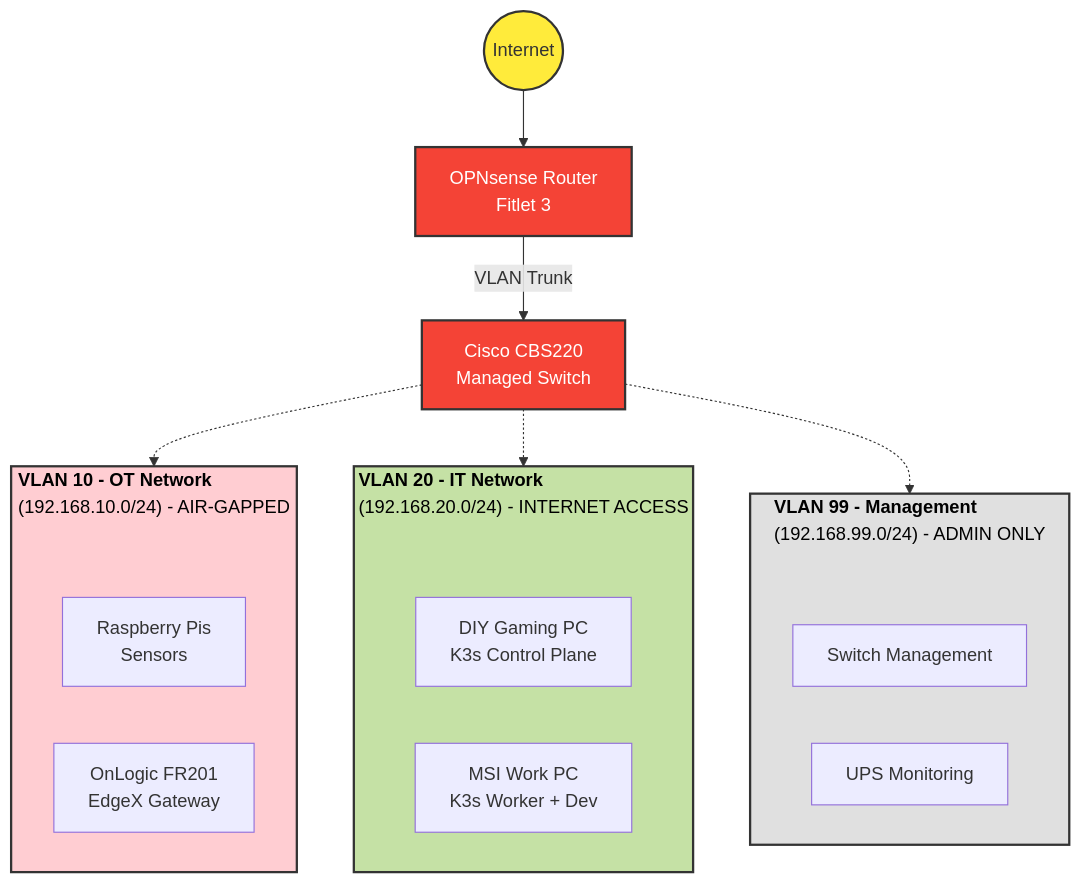
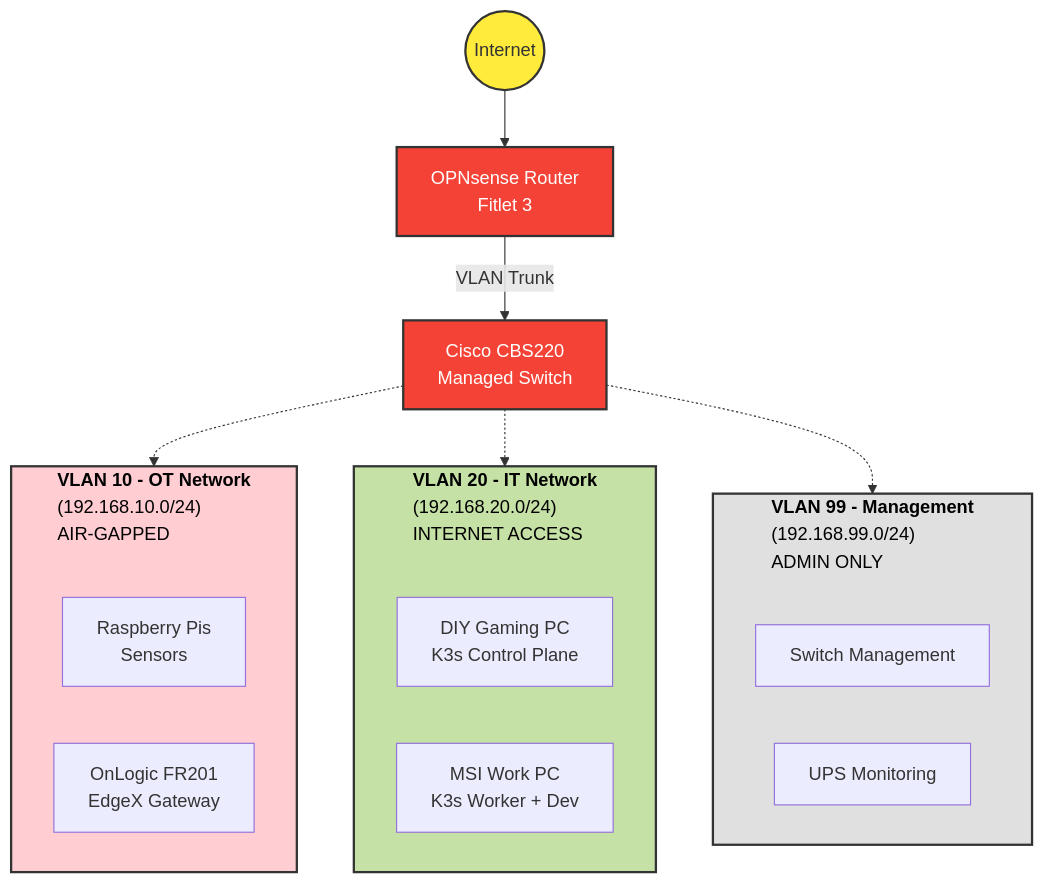
The diagram in README.md (aott33/iiot-kubernetes-homelab), drawn with Mermaid before and after one commit.

Commit message:
update diagram

````diff
--- a/README.md
+++ b/README.md
@@ -42,40 +42,40 @@
 ```mermaid
 graph TB
     Internet((Internet))
     OPN[OPNsense Router<br/>Fitlet 3]
     Switch[Cisco CBS220<br/>Managed Switch]
 
-    subgraph VLAN10["<b>VLAN 10 - OT Network</b><br/>(192.168.10.0/24) - AIR-GAPPED<br/> "]
+    subgraph VLAN10["<b>VLAN 10 - OT Network</b><br/>(192.168.10.0/24)<br/>AIR-GAPPED<br/> "]
         spacer1[ ]
         RaspberryPis[Raspberry Pis<br/>Sensors]
         FR201[OnLogic FR201<br/>EdgeX Gateway]
     end
 
-    subgraph VLAN20["<b>VLAN 20 - IT Network</b><br/>(192.168.20.0/24) - INTERNET ACCESS<br/> "]
+    subgraph VLAN20["<b>VLAN 20 - IT Network</b><br/>(192.168.20.0/24)<br/>INTERNET ACCESS<br/> "]
         spacer2[ ]
         GamingPC[DIY Gaming PC<br/>K3s Control Plane]
         WorkPC[MSI Work PC<br/>K3s Worker + Dev]
     end
 
-    subgraph VLAN99["<b>VLAN 99 - Management</b><br/>(192.168.99.0/24) - ADMIN ONLY<br/> "]
+    subgraph VLAN99["<b>VLAN 99 - Management</b><br/>(192.168.99.0/24)<br/>ADMIN ONLY<br/> "]
         spacer3[ ]
         SwitchMgmt[Switch Management]
         UPS[UPS Monitoring]
     end
 
     Internet --> OPN
     OPN -->|VLAN Trunk| Switch
     Switch -.-> VLAN10
     Switch -.-> VLAN20
     Switch -.-> VLAN99
 
     style Internet fill:#ffeb3b,stroke:#333,stroke-width:2px
     style OPN fill:#f44336,color:#fff,stroke:#333,stroke-width:2px
     style Switch fill:#f44336,color:#fff,stroke:#333,stroke-width:2px
     style VLAN10 fill:#ffcdd2,stroke:#333,stroke-width:2px,color:#000
     style VLAN20 fill:#c5e1a5,stroke:#333,stroke-width:2px,color:#000
     style VLAN99 fill:#e0e0e0,stroke:#333,stroke-width:2px,color:#000
     style spacer1 fill:none,stroke:none
     style spacer2 fill:none,stroke:none
     style spacer3 fill:none,stroke:none
 ```
````
